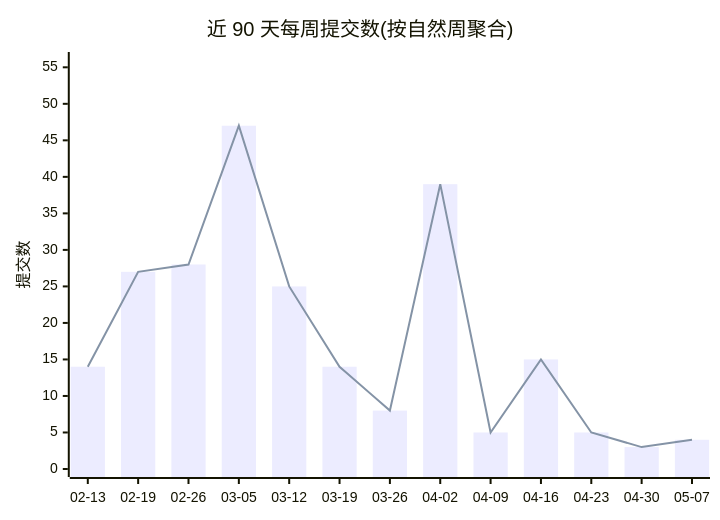
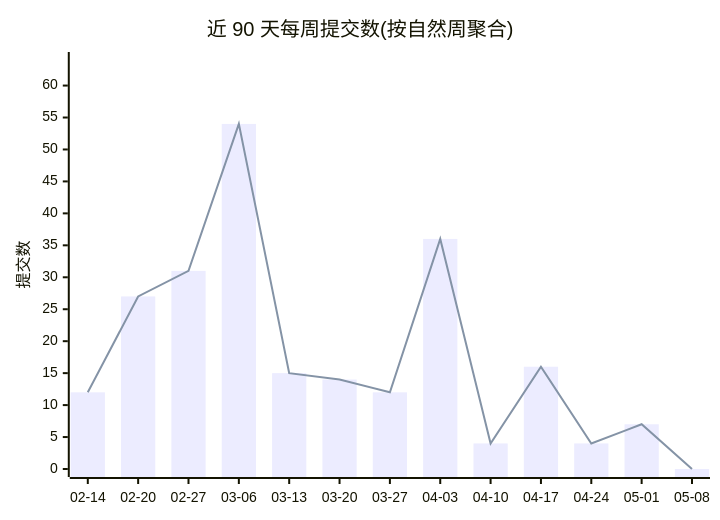
One commit to Conflux-Union/.github changed the first of 2 diagrams in profile/README.md. Above: the diagram before and after it, drawn with Mermaid. The commit also changed other lines of this file and 1 other file, not shown here.

Commit message:
chore(stats): refresh org commit stats

````diff
--- a/profile/README.md
+++ b/profile/README.md
@@ -44,8 +44,8 @@
 ```mermaid
 xychart-beta
     title "近 90 天每周提交数(按自然周聚合)"
-    x-axis ["02-13", "02-19", "02-26", "03-05", "03-12", "03-19", "03-26", "04-02", "04-09", "04-16", "04-23", "04-30", "05-07"]
-    y-axis "提交数" 0 --> 56
-    bar [14, 27, 28, 47, 25, 14, 8, 39, 5, 15, 5, 3, 4]
-    line [14, 27, 28, 47, 25, 14, 8, 39, 5, 15, 5, 3, 4]
+    x-axis ["02-14", "02-20", "02-27", "03-06", "03-13", "03-20", "03-27", "04-03", "04-10", "04-17", "04-24", "05-01", "05-08"]
+    y-axis "提交数" 0 --> 64
+    bar [12, 27, 31, 54, 15, 14, 12, 36, 4, 16, 4, 7, 0]
+    line [12, 27, 31, 54, 15, 14, 12, 36, 4, 16, 4, 7, 0]
 ```
````
